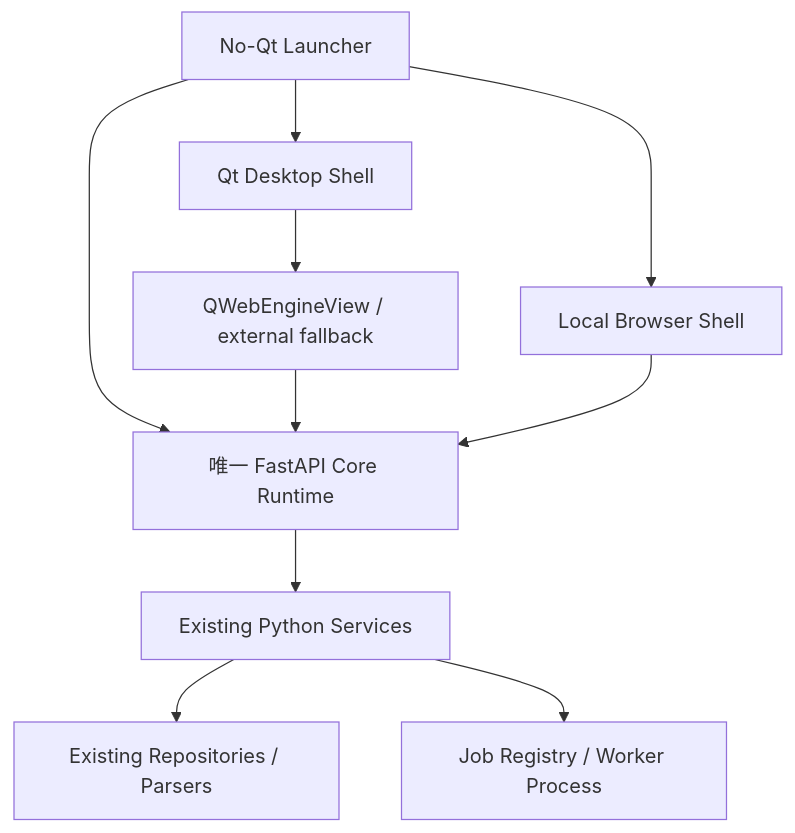
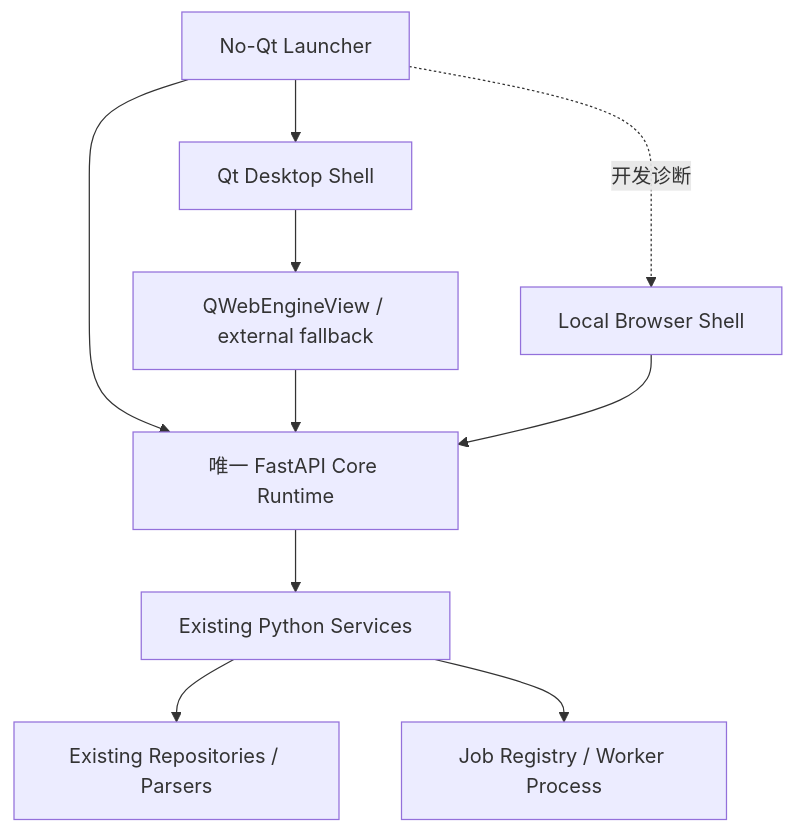
One commit to wxj183589/NetConsole changed the first of 4 diagrams in docs/WEB_ARCHITECTURE.md. Above: the diagram before and after it, drawn with Mermaid. The commit also changed other lines of this file and 12 other files, not shown here.

Commit message:
docs(architecture): 固定 Electron 单一桌面产品与对等标准

````diff
--- a/docs/WEB_ARCHITECTURE.md
+++ b/docs/WEB_ARCHITECTURE.md
@@ -13,12 +13,12 @@
 ```mermaid
 flowchart TD
     L["No-Qt Launcher"] --> API["唯一 FastAPI Core Runtime"]
     L --> QS["Qt Desktop Shell"]
-    L --> B["Local Browser Shell"]
+    L -.开发诊断.-> B["Local Browser Shell"]
     QS --> WV["QWebEngineView / external fallback"]
     WV --> API
     B --> API
     API --> CORE["Existing Python Services"]
     CORE --> REPO["Existing Repositories / Parsers"]
     CORE --> JOB["Job Registry / Worker Process"]
 ```
````
